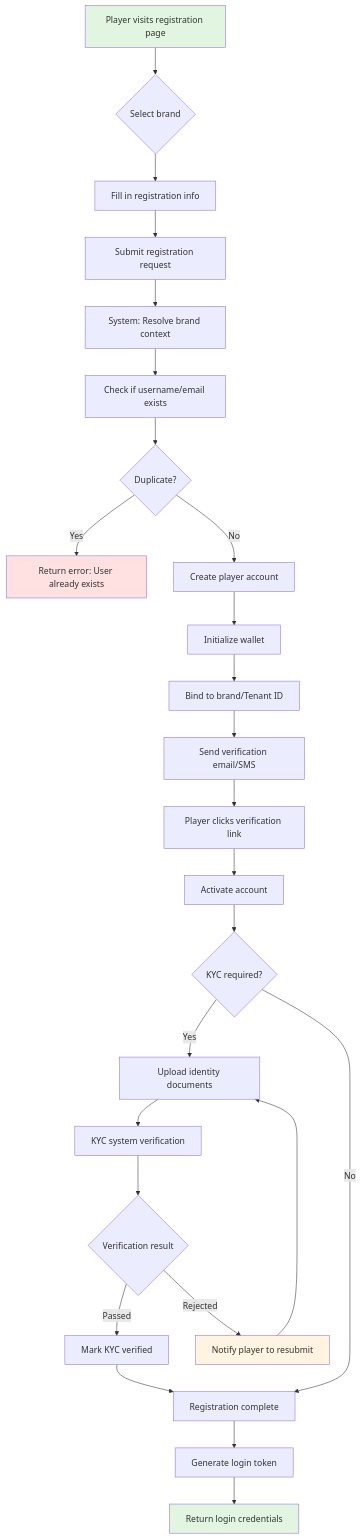
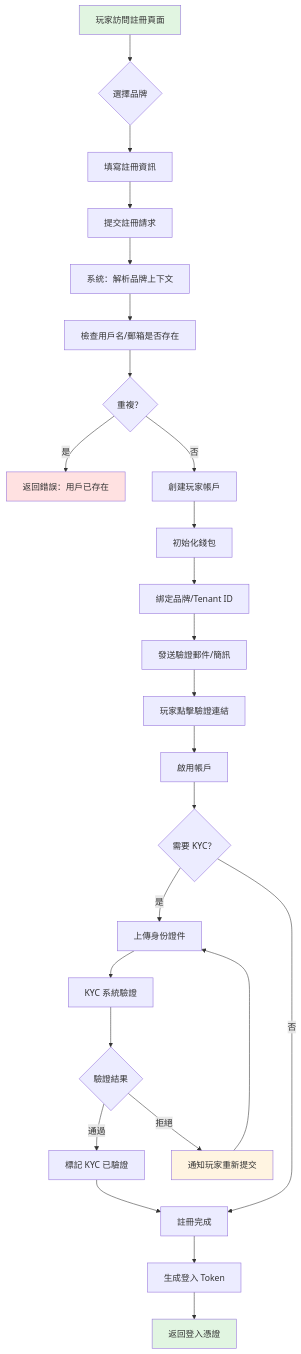
Before and after one commit to ron03wlb/smart-admin: the first of 6 diagrams in docs/iGaming/requirements/01_Player_Experience/Business_Flows.md, drawn with Mermaid. The commit also changed other lines of this file and 4 other files, not shown here.

````diff
--- a/docs/iGaming/requirements/01_Player_Experience/Business_Flows.md
+++ b/docs/iGaming/requirements/01_Player_Experience/Business_Flows.md
@@ -79,41 +79,41 @@
 ```mermaid
 flowchart TD
-    A[Player visits registration page] --> B{Select brand}
-    B --> C[Fill in registration info]
-    C --> D[Submit registration request]
+    A[玩家訪問註冊頁面] --> B{選擇品牌}
+    B --> C[填寫註冊資訊]
+    C --> D[提交註冊請求]
 
-    D --> E[System: Resolve brand context]
-    E --> F[Check if username/email exists]
-    F --> G{Duplicate?}
+    D --> E[系統：解析品牌上下文]
+    E --> F[檢查用戶名/郵箱是否存在]
+    F --> G{重複？}
 
-    G -->|Yes| H[Return error: User already exists]
-    G -->|No| I[Create player account]
+    G -->|是| H[返回錯誤：用戶已存在]
+    G -->|否| I[創建玩家帳戶]
 
-    I --> J[Initialize wallet]
-    J --> K[Bind to brand/Tenant ID]
-    K --> L[Send verification email/SMS]
+    I --> J[初始化錢包]
+    J --> K[綁定品牌/Tenant ID]
+    K --> L[發送驗證郵件/簡訊]
 
-    L --> M[Player clicks verification link]
-    M --> N[Activate account]
+    L --> M[玩家點擊驗證連結]
+    M --> N[啟用帳戶]
 
-    N --> O{KYC required?}
-    O -->|Yes| P[Upload identity documents]
-    O -->|No| Q[Registration complete]
+    N --> O{需要 KYC？}
+    O -->|是| P[上傳身份證件]
+    O -->|否| Q[註冊完成]
 
-    P --> R[KYC system verification]
-    R --> S{Verification result}
+    P --> R[KYC 系統驗證]
+    R --> S{驗證結果}
 
-    S -->|Passed| T[Mark KYC verified]
-    S -->|Rejected| U[Notify player to resubmit]
+    S -->|通過| T[標記 KYC 已驗證]
+    S -->|拒絕| U[通知玩家重新提交]
 
     T --> Q
     U --> P
 
-    Q --> V[Generate login token]
-    V --> W[Return login credentials]
+    Q --> V[生成登入 Token]
+    V --> W[返回登入憑證]
 
     style A fill:#e1f5e1
     style W fill:#e1f5e1
     style H fill:#ffe1e1
     style U fill:#fff4e1
 ```
````
